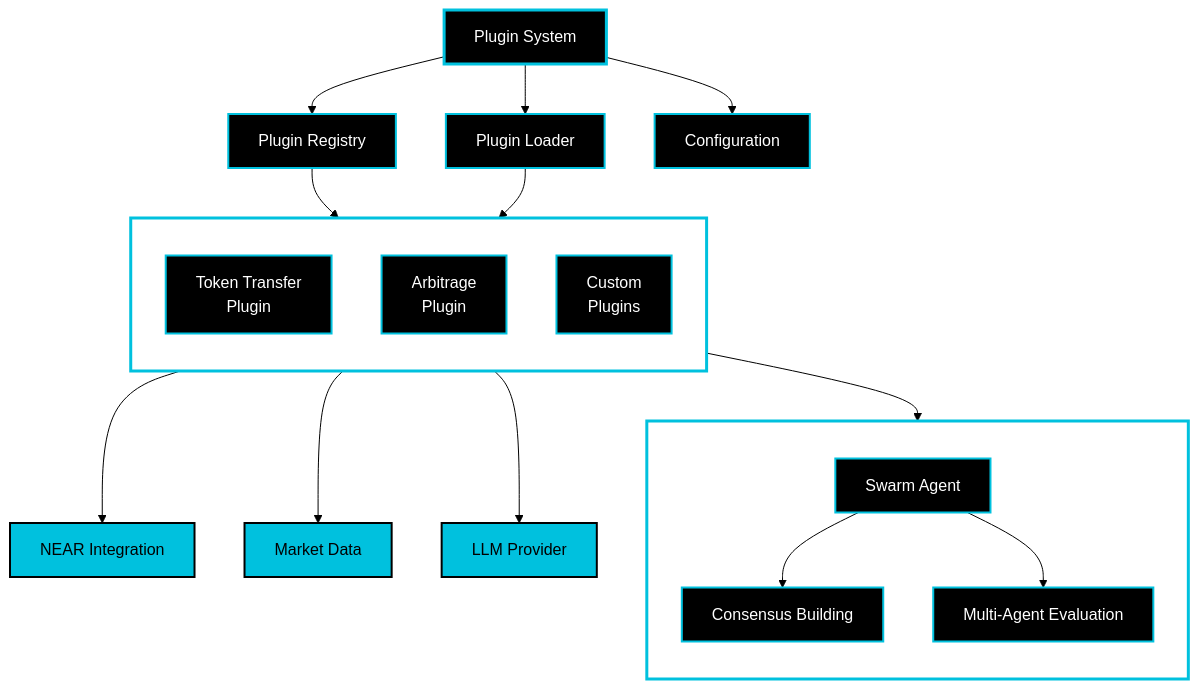
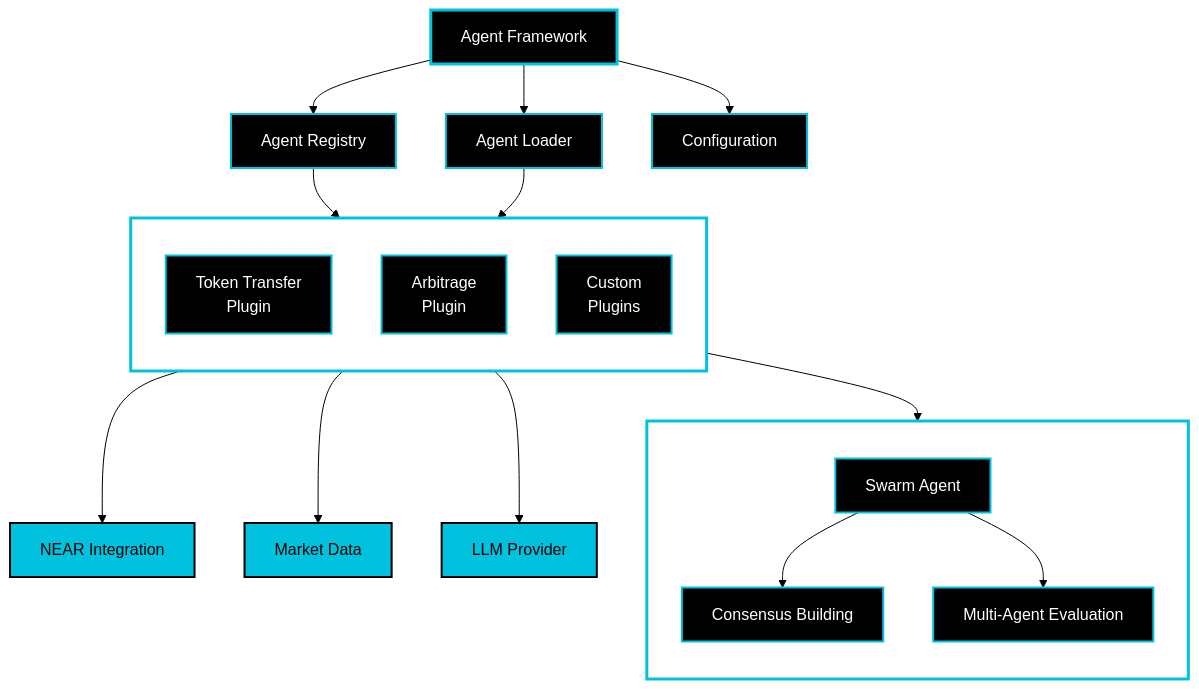
One commit to jbarnes850/near-ai-agent-studio changed the diagram in README.md. Above: the diagram before and after it, drawn with Mermaid (forest theme). The commit also changed other lines of this file, not shown here.

````diff
--- a/README.md
+++ b/README.md
@@ -109,64 +109,64 @@
 ```mermaid
 graph TB
     %% Core System
-    Core[Plugin System]
+    Core[Agent Framework]
     style Core fill:black,stroke:#00C1DE,stroke-width:3px,color:white
 
     %% Plugin Management
-    Registry[Plugin Registry]
-    Loader[Plugin Loader]
+    Registry[Agent Registry]
+    Loader[Agent Loader]
     Config[Configuration]
     style Registry fill:black,stroke:#00C1DE,stroke-width:2px,color:white
     style Loader fill:black,stroke:#00C1DE,stroke-width:2px,color:white
     style Config fill:black,stroke:#00C1DE,stroke-width:2px,color:white
 
     %% Core Services
     NEAR[NEAR Integration]
     Market[Market Data]
     LLM[LLM Provider]
     style NEAR fill:#00C1DE,stroke:black,stroke-width:2px,color:black
     style Market fill:#00C1DE,stroke:black,stroke-width:2px,color:black
     style LLM fill:#00C1DE,stroke:black,stroke-width:2px,color:black
 
     %% Plugin Layer
     subgraph Plugins[Agent Plugins]
         direction TB
         TokenTransfer[Token Transfer<br/>Plugin]
         Arbitrage[Arbitrage<br/>Plugin]
         Custom[Custom<br/>Plugins]
 
         style TokenTransfer fill:black,stroke:#00C1DE,stroke-width:2px,color:white
         style Arbitrage fill:black,stroke:#00C1DE,stroke-width:2px,color:white
         style Custom fill:black,stroke:#00C1DE,stroke-width:2px,color:white
     end
     style Plugins fill:none,stroke:#00C1DE,stroke-width:3px,color:white
 
     %% Swarm Intelligence Layer
     subgraph Swarm[Swarm Intelligence]
         direction TB
         SwarmAgent[Swarm Agent]
         Consensus[Consensus Building]
         Evaluation[Multi-Agent Evaluation]
 
         style SwarmAgent fill:black,stroke:#00C1DE,stroke-width:2px,color:white
         style Consensus fill:black,stroke:#00C1DE,stroke-width:2px,color:white
         style Evaluation fill:black,stroke:#00C1DE,stroke-width:2px,color:white
     end
     style Swarm fill:none,stroke:#00C1DE,stroke-width:3px,color:white
 
     %% Connections
     Core --> Registry
     Core --> Loader
     Core --> Config
     
     Registry --> Plugins
     Loader --> Plugins
     
     Plugins --> NEAR
     Plugins --> Market
     Plugins --> LLM
     
     Plugins --> Swarm
     SwarmAgent --> Consensus
     SwarmAgent --> Evaluation
 ```
````
